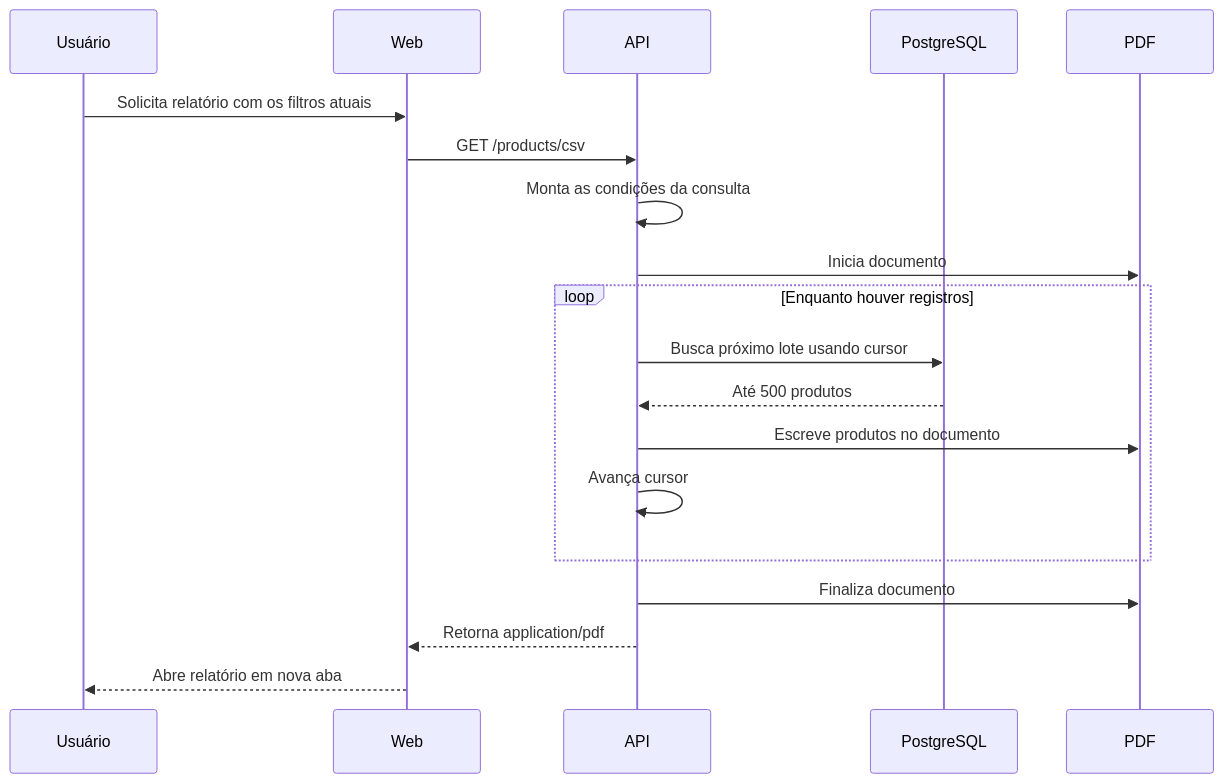
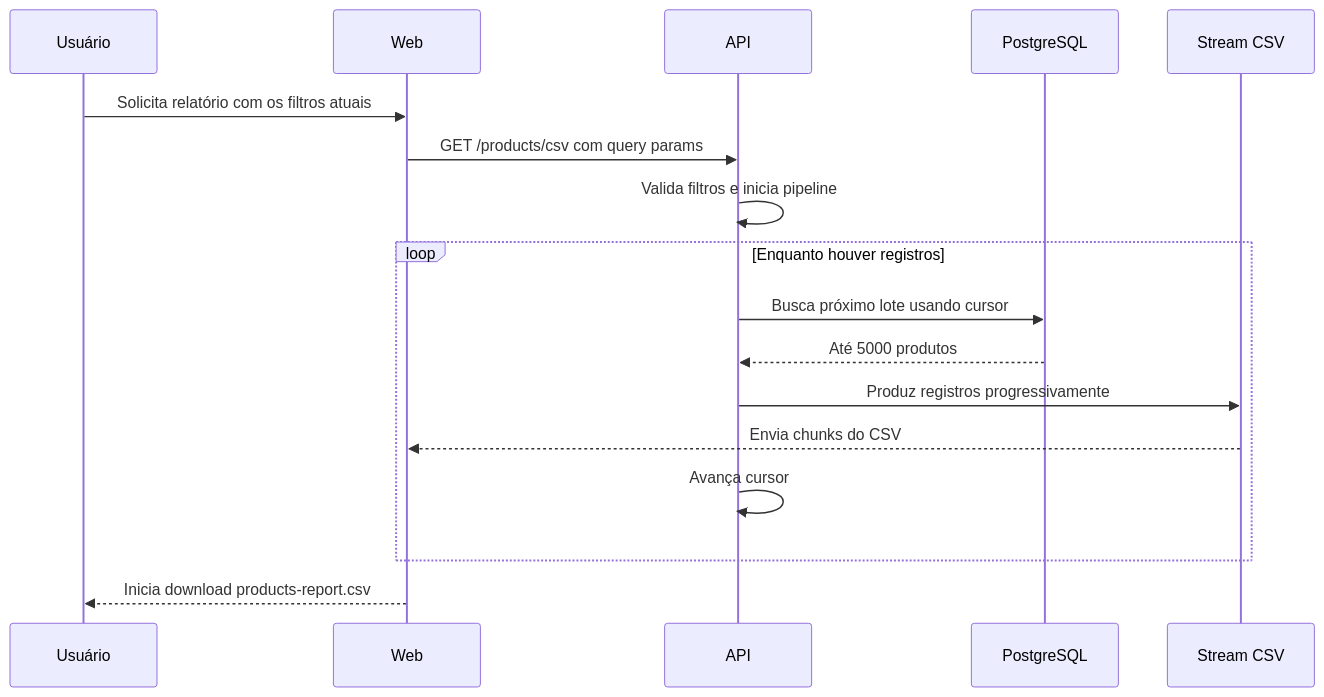
Before and after one commit to buildwitharthur/reports: the diagram in README.md, drawn with Mermaid. The commit also changed other lines of this file, not shown here.

````diff
--- a/README.md
+++ b/README.md
@@ -48,25 +199,23 @@
 ```mermaid
 sequenceDiagram
     participant U as Usuário
     participant W as Web
     participant A as API
     participant DB as PostgreSQL
-    participant PDF as PDF
+    participant S as Stream CSV
 
     U->>W: Solicita relatório com os filtros atuais
-    W->>A: GET /products/csv
+    W->>A: GET /products/csv com query params
 
-    A->>A: Monta as condições da consulta
-    A->>PDF: Inicia documento
+    A->>A: Valida filtros e inicia pipeline
 
     loop Enquanto houver registros
         A->>DB: Busca próximo lote usando cursor
-        DB-->>A: Até 500 produtos
-        A->>PDF: Escreve produtos no documento
+        DB-->>A: Até 5000 produtos
+        A->>S: Produz registros progressivamente
+        S-->>W: Envia chunks do CSV
         A->>A: Avança cursor
     end
 
-    A->>PDF: Finaliza documento
-    A-->>W: Retorna application/pdf
-    W-->>U: Abre relatório em nova aba
+    W-->>U: Inicia download products-report.csv
 ```
````
